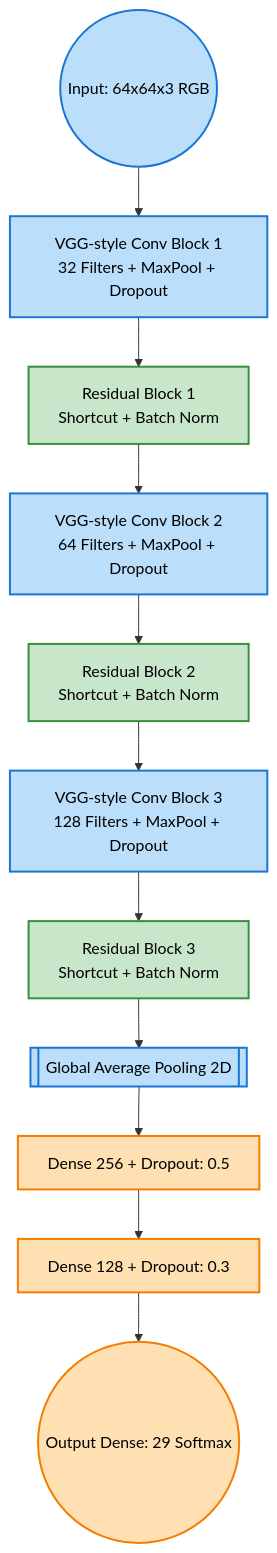
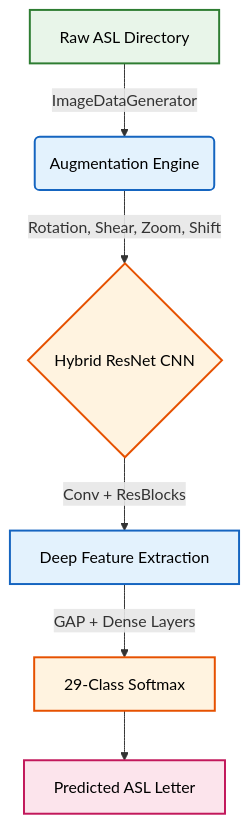
The diagram in README.md (PranjalUpadhyay7/American-Sign-Language-Alphabets-Recognition-Using-Computer-Vision), drawn with Mermaid before and after one commit. The commit also changed other lines of this file, not shown here.

Commit message:
readme added

````diff
--- a/README.md
+++ b/README.md
@@ -30,24 +19,18 @@
 ```mermaid
 flowchart TD
-    IN((Input: 64x64x3 RGB)) --> C1[VGG-style Conv Block 1<br/>32 Filters + MaxPool + Dropout]
-    C1 --> R1[Residual Block 1<br/>Shortcut + Batch Norm]
+    A[Raw ASL Directory] -->|ImageDataGenerator| B(Augmentation Engine)
+    B -->|Rotation, Shear, Zoom, Shift| C{Hybrid ResNet CNN}
+    C -->|Conv + ResBlocks| D[Deep Feature Extraction]
+    D -->|GAP + Dense Layers| E[29-Class Softmax]
+    E --> F[Predicted ASL Letter]
     
-    R1 --> C2[VGG-style Conv Block 2<br/>64 Filters + MaxPool + Dropout]
-    C2 --> R2[Residual Block 2<br/>Shortcut + Batch Norm]
+    classDef input fill:#e8f5e9,stroke:#2e7d32,stroke-width:2px,color:#000
+    classDef process fill:#e3f2fd,stroke:#1565c0,stroke-width:2px,color:#000
+    classDef model fill:#fff3e0,stroke:#e65100,stroke-width:2px,color:#000
+    classDef output fill:#fce4ec,stroke:#c2185b,stroke-width:2px,color:#000
     
-    R2 --> C3[VGG-style Conv Block 3<br/>128 Filters + MaxPool + Dropout]
-    C3 --> R3[Residual Block 3<br/>Shortcut + Batch Norm]
-    
-    R3 --> GAP[[Global Average Pooling 2D]]
-    GAP --> D1[Dense 256 + Dropout: 0.5]
-    D1 --> D2[Dense 128 + Dropout: 0.3]
-    D2 --> OUT((Output Dense: 29 Softmax))
-    
-    classDef layer fill:#bbdefb,stroke:#1976d2,stroke-width:2px,color:#000
-    classDef resblock fill:#c8e6c9,stroke:#388e3c,stroke-width:2px,color:#000
-    classDef dense fill:#ffe0b2,stroke:#f57c00,stroke-width:2px,color:#000
-    
-    class IN,C1,C2,C3,GAP layer;
-    class R1,R2,R3 resblock;
-    class D1,D2,OUT dense;
+    class A input;
+    class B,D process;
+    class C,E model;
+    class F output;
 ```
````
